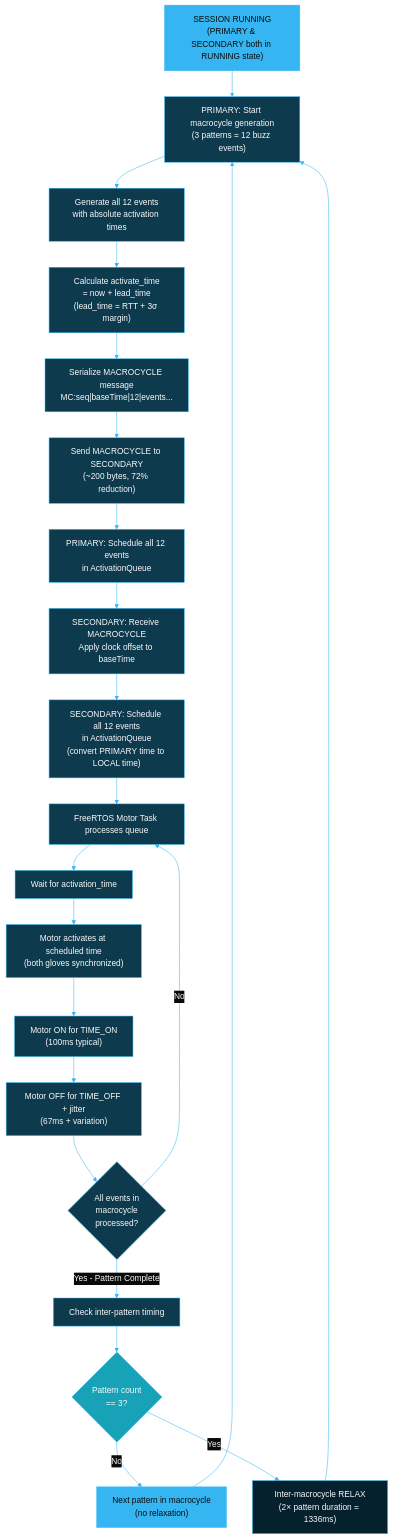
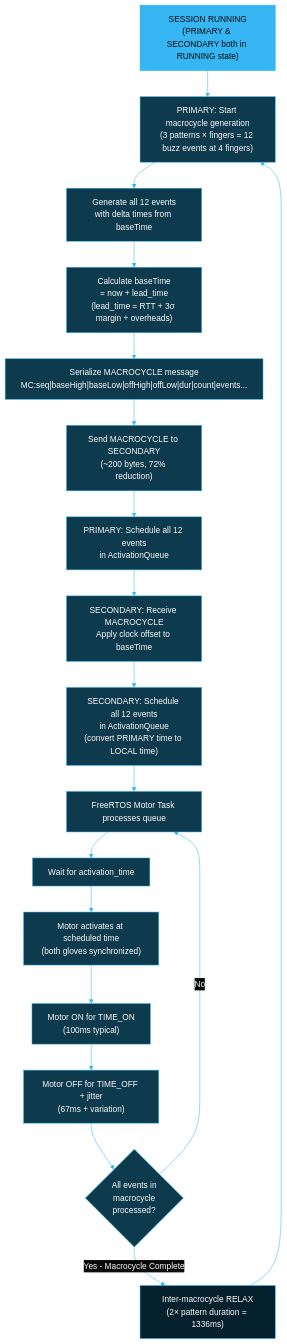
One commit to BlueBuzzah/BlueBuzzah-Firmware changed the third of 11 diagrams in docs/THERAPY_SESSION_FLOW.md. Above: the diagram before and after it, drawn with Mermaid. The commit also changed other lines of this file and 12 other files, not shown here.

````diff
--- a/docs/THERAPY_SESSION_FLOW.md
+++ b/docs/THERAPY_SESSION_FLOW.md
@@ -170,62 +163,54 @@
 ```mermaid
 %%{init: {'theme': 'base', 'themeVariables': {
   'primaryColor': '#0d3a4d',
   'primaryTextColor': '#fafafa',
   'primaryBorderColor': '#35B6F2',
   'lineColor': '#35B6F2',
   'secondaryColor': '#05212D',
   'tertiaryColor': '#0a0a0a',
   'background': '#0a0a0a',
   'mainBkg': '#0d3a4d',
   'nodeBorder': '#35B6F2',
   'clusterBkg': '#05212D',
   'clusterBorder': '#35B6F2',
   'titleColor': '#fafafa',
   'edgeLabelBackground': '#0a0a0a'
 }}}%%
 flowchart TD
     A["SESSION RUNNING<br/>(PRIMARY & SECONDARY both in RUNNING state)"]
 
-    A --> B["PRIMARY: Start macrocycle generation<br/>(3 patterns = 12 buzz events)"]
+    A --> B["PRIMARY: Start macrocycle generation<br/>(3 patterns × fingers = 12 buzz events at 4 fingers)"]
 
-    B --> C["Generate all 12 events<br/>with absolute activation times"]
+    B --> C["Generate all 12 events<br/>with delta times from baseTime"]
 
-    C --> D["Calculate activate_time<br/>= now + lead_time<br/>(lead_time = RTT + 3σ margin)"]
+    C --> D["Calculate baseTime<br/>= now + lead_time<br/>(lead_time = RTT + 3σ margin + overheads)"]
 
-    D --> E["Serialize MACROCYCLE message<br/>MC:seq|baseTime|12|events..."]
+    D --> E["Serialize MACROCYCLE message<br/>MC:seq|baseHigh|baseLow|offHigh|offLow|dur|count|events..."]
 
     E --> F["Send MACROCYCLE to SECONDARY<br/>(~200 bytes, 72% reduction)"]
 
     F --> G["PRIMARY: Schedule all 12 events<br/>in ActivationQueue"]
     G --> H["SECONDARY: Receive MACROCYCLE<br/>Apply clock offset to baseTime"]
     H --> I["SECONDARY: Schedule all 12 events<br/>in ActivationQueue<br/>(convert PRIMARY time to LOCAL time)"]
 
     I --> J["FreeRTOS Motor Task processes queue"]
 
     J --> K["Wait for activation_time"]
 
     K --> L["Motor activates at scheduled time<br/>(both gloves synchronized)"]
 
     L --> M["Motor ON for TIME_ON<br/>(100ms typical)"]
 
     M --> N["Motor OFF for TIME_OFF + jitter<br/>(67ms + variation)"]
 
     N --> O{All events in<br/>macrocycle<br/>processed?}
 
     O -->|No| J
 
-    O -->|Yes - Pattern Complete| P["Check inter-pattern timing"]
+    O -->|Yes - Macrocycle Complete| S["Inter-macrocycle RELAX<br/>(2× pattern duration = 1336ms)"]
 
-    P --> Q{Pattern count<br/>== 3?}
-
-    Q -->|No| R["Next pattern in macrocycle<br/>(no relaxation)"]
-    Q -->|Yes| S["Inter-macrocycle RELAX<br/>(2× pattern duration = 1336ms)"]
-
-    R --> B
     S --> B
 
     style A fill:#35B6F2,color:#0a0a0a
-    style Q fill:#17a2b8,color:#fafafa
-    style R fill:#35B6F2,color:#0a0a0a
     style S fill:#05212D,color:#fafafa
 ```
````
